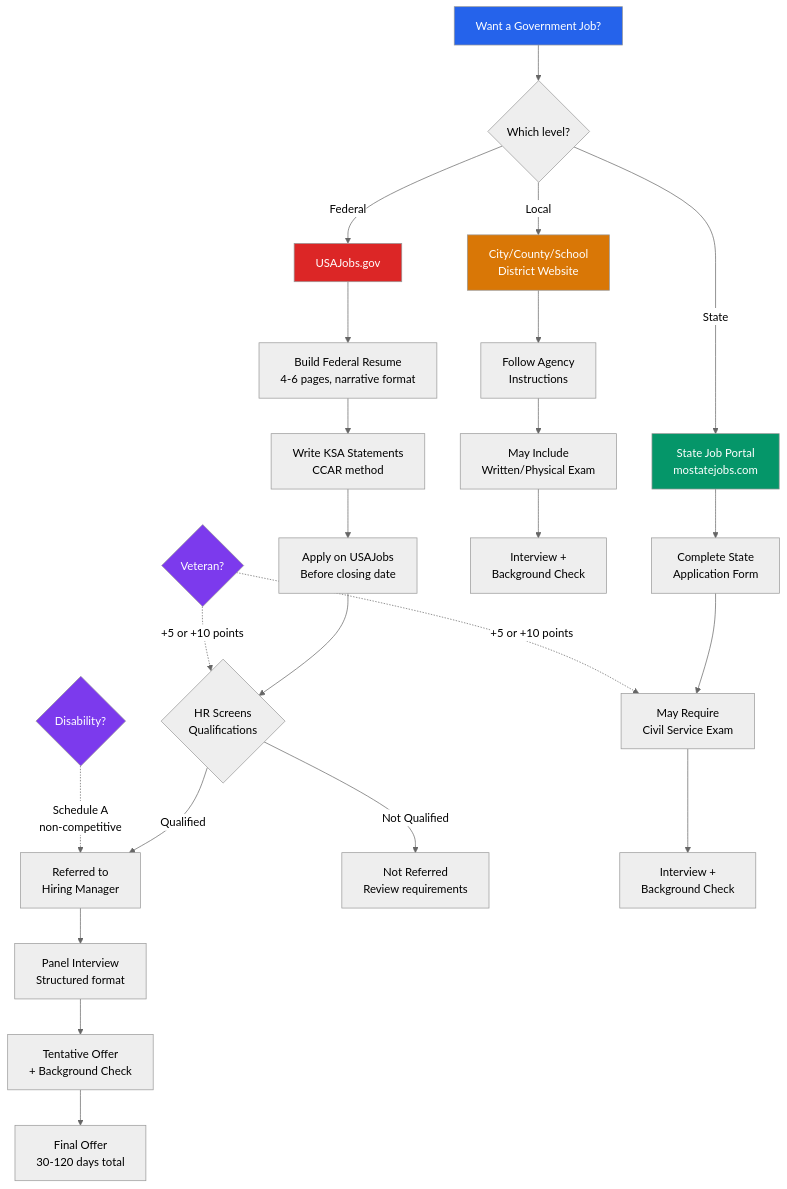
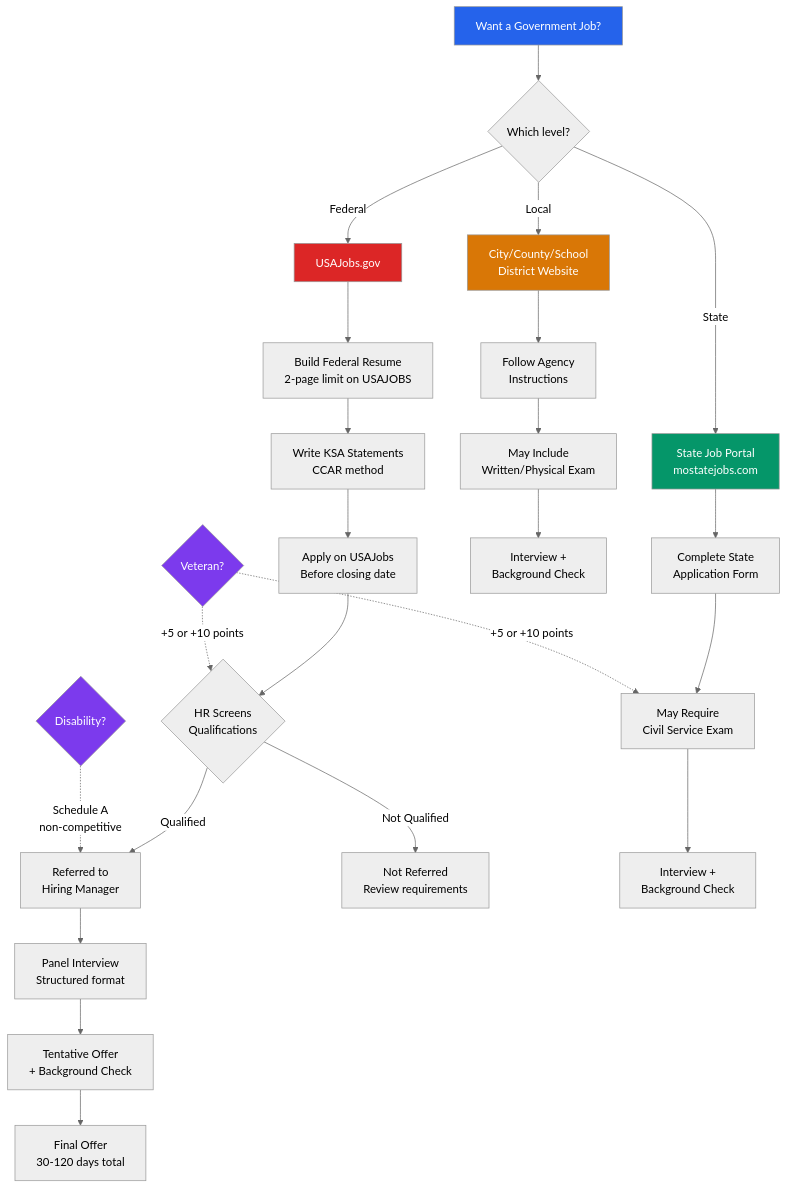
One commit to dougdevitre/access-to-jobs changed the diagram in references/public-service-hiring.md. Above: the diagram before and after it, drawn with Mermaid (neutral theme). The commit also changed other lines of this file and 20 other files, not shown here.

First line of the commit message:
Correct federal resume length, WOTC status and TAA status (#21)

````diff
--- a/references/public-service-hiring.md
+++ b/references/public-service-hiring.md
@@ -7,37 +7,37 @@
 ```mermaid
 flowchart TD
     A[Want a Government Job?] --> B{Which level?}
     
     B -->|Federal| F[USAJobs.gov]
     B -->|State| S[State Job Portal<br/>mostatejobs.com]
     B -->|Local| L[City/County/School<br/>District Website]
     
-    F --> F1[Build Federal Resume<br/>4-6 pages, narrative format]
+    F --> F1[Build Federal Resume<br/>2-page limit on USAJOBS]
     F1 --> F2[Write KSA Statements<br/>CCAR method]
     F2 --> F3[Apply on USAJobs<br/>Before closing date]
     F3 --> F4{HR Screens<br/>Qualifications}
     F4 -->|Qualified| F5[Referred to<br/>Hiring Manager]
     F4 -->|Not Qualified| F4a[Not Referred<br/>Review requirements]
     F5 --> F6[Panel Interview<br/>Structured format]
     F6 --> F7[Tentative Offer<br/>+ Background Check]
     F7 --> F8[Final Offer<br/>30-120 days total]
     
     S --> S1[Complete State<br/>Application Form]
     S1 --> S2[May Require<br/>Civil Service Exam]
     S2 --> S3[Interview +<br/>Background Check]
     
     L --> L1[Follow Agency<br/>Instructions]
     L1 --> L2[May Include<br/>Written/Physical Exam]
     L2 --> L3[Interview +<br/>Background Check]
 
     VP{Veteran?} -.->|+5 or +10 points| F4
     VP -.->|+5 or +10 points| S2
     DA{Disability?} -.->|Schedule A<br/>non-competitive| F5
 
     style A fill:#2563eb,color:#fff
     style F fill:#dc2626,color:#fff
     style S fill:#059669,color:#fff
     style L fill:#d97706,color:#fff
     style VP fill:#7c3aed,color:#fff
     style DA fill:#7c3aed,color:#fff
 ```
````
